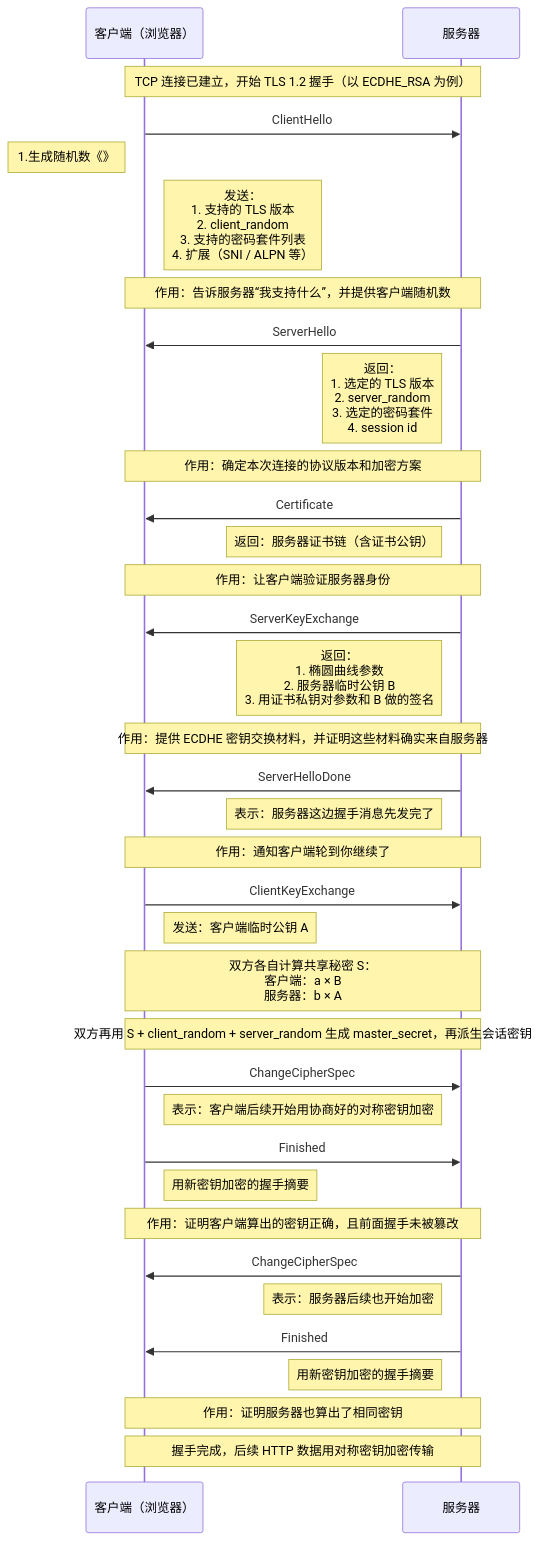
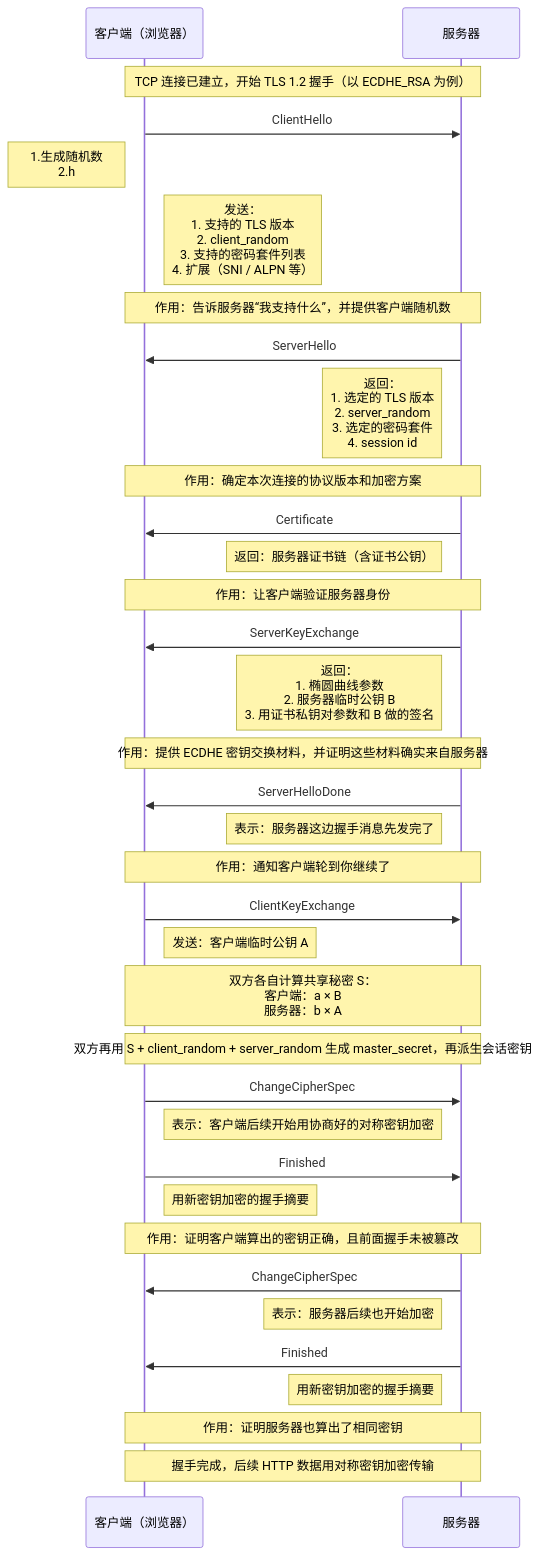
The diagram in all/TLS-1.2-ECDHA.md (HY-10-8/iodraw-files), drawn with Mermaid before and after one commit.

Commit message:
2026-03-30 16:46:15 update

````diff
--- a/all/TLS-1.2-ECDHA.md
+++ b/all/TLS-1.2-ECDHA.md
@@ -1,50 +1,50 @@
 ```mermaid
 sequenceDiagram
     participant C as 客户端（浏览器）
     participant S as 服务器
 
     Note over C,S: TCP 连接已建立，开始 TLS 1.2 握手（以 ECDHE_RSA 为例）
 
     C->>S: ClientHello
-    Note left of C: 1.生成随机数《》
+    Note left of C: 1.生成随机数<br/> 2.h
     Note right of C: 发送：<br/>1. 支持的 TLS 版本<br/>2. client_random<br/>3. 支持的密码套件列表<br/>4. 扩展（SNI / ALPN 等）
     Note over C,S: 作用：告诉服务器“我支持什么”，并提供客户端随机数
 
     S->>C: ServerHello
     Note left of S: 返回：<br/>1. 选定的 TLS 版本<br/>2. server_random<br/>3. 选定的密码套件<br/>4. session id
     Note over C,S: 作用：确定本次连接的协议版本和加密方案
 
     S->>C: Certificate
     Note left of S: 返回：服务器证书链（含证书公钥）
     Note over C,S: 作用：让客户端验证服务器身份
 
     S->>C: ServerKeyExchange
     Note left of S: 返回：<br/>1. 椭圆曲线参数<br/>2. 服务器临时公钥 B<br/>3. 用证书私钥对参数和 B 做的签名
     Note over C,S: 作用：提供 ECDHE 密钥交换材料，并证明这些材料确实来自服务器
 
     S->>C: ServerHelloDone
     Note left of S: 表示：服务器这边握手消息先发完了
     Note over C,S: 作用：通知客户端轮到你继续了
 
     C->>S: ClientKeyExchange
     Note right of C: 发送：客户端临时公钥 A
     Note over C,S: 双方各自计算共享秘密 S：<br/>客户端：a × B<br/>服务器：b × A
 
     Note over C,S: 双方再用 S + client_random + server_random 生成 master_secret，再派生会话密钥
 
     C->>S: ChangeCipherSpec
     Note right of C: 表示：客户端后续开始用协商好的对称密钥加密
 
     C->>S: Finished
     Note right of C: 用新密钥加密的握手摘要
     Note over C,S: 作用：证明客户端算出的密钥正确，且前面握手未被篡改
 
     S->>C: ChangeCipherSpec
     Note left of S: 表示：服务器后续也开始加密
 
     S->>C: Finished
     Note left of S: 用新密钥加密的握手摘要
     Note over C,S: 作用：证明服务器也算出了相同密钥
 
     Note over C,S: 握手完成，后续 HTTP 数据用对称密钥加密传输
 ```
````
